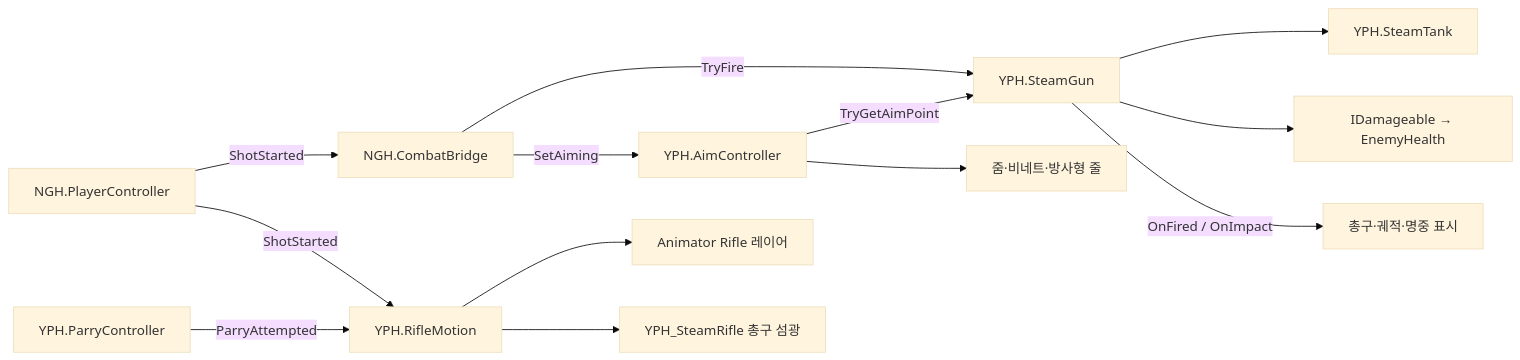
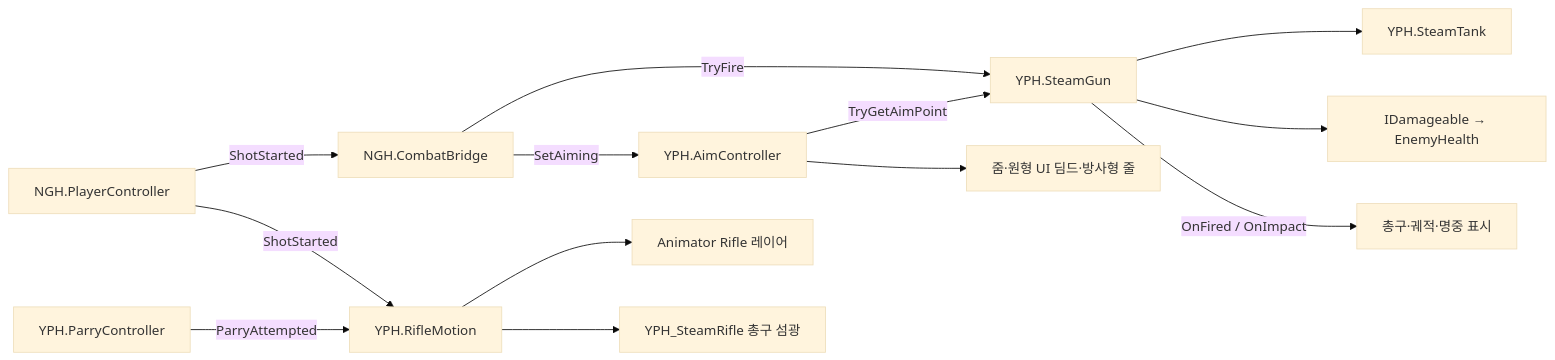
The diagram in SteamAttack/TeamWorkflow/Features/원거리무기.md (Shaun1667/Project-SteamAttack), drawn with Mermaid (base theme) before and after one commit. The commit also changed other lines of this file and 22 other files, not shown here.

````diff
--- a/SteamAttack/TeamWorkflow/Features/원거리무기.md
+++ b/SteamAttack/TeamWorkflow/Features/원거리무기.md
@@ -95,15 +95,15 @@
 ```mermaid
 flowchart LR
     PC[NGH.PlayerController] -- ShotStarted --> Bridge[NGH.CombatBridge]
     PC -- ShotStarted --> Motion[YPH.RifleMotion]
     Bridge -- TryFire --> Gun[YPH.SteamGun]
     Bridge -- SetAiming --> Aim[YPH.AimController]
     Aim -- TryGetAimPoint --> Gun
-    Aim --> Views[줌·비네트·방사형 줄]
+    Aim --> Views[줌·원형 UI 딤드·방사형 줄]
     Gun --> Tank[YPH.SteamTank]
     Gun --> Target[IDamageable → EnemyHealth]
     Gun -- OnFired / OnImpact --> FX[총구·궤적·명중 표시]
     Parry[YPH.ParryController] -- ParryAttempted --> Motion
     Motion --> Anim[Animator Rifle 레이어]
     Motion --> Flash[YPH_SteamRifle 총구 섬광]
 ```
````
